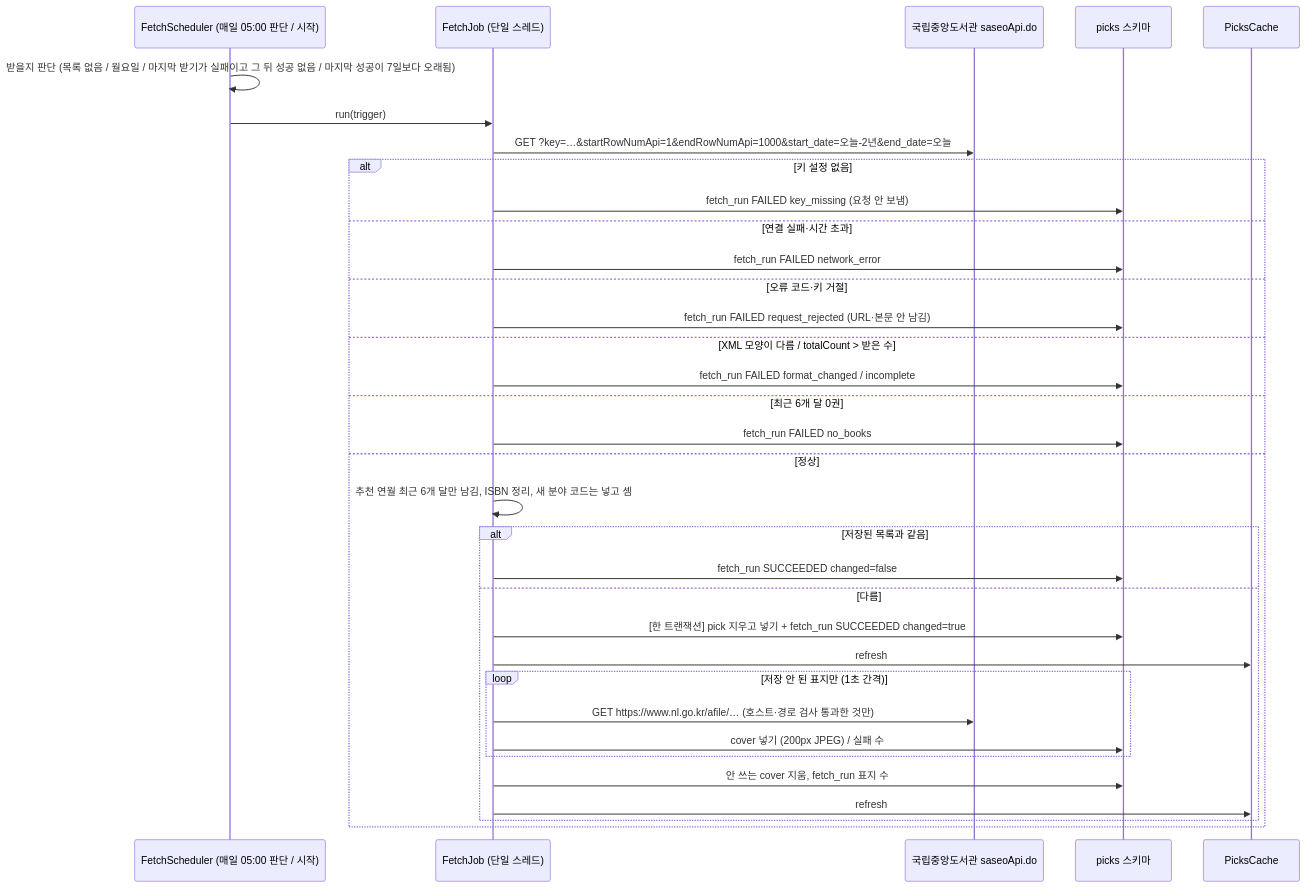
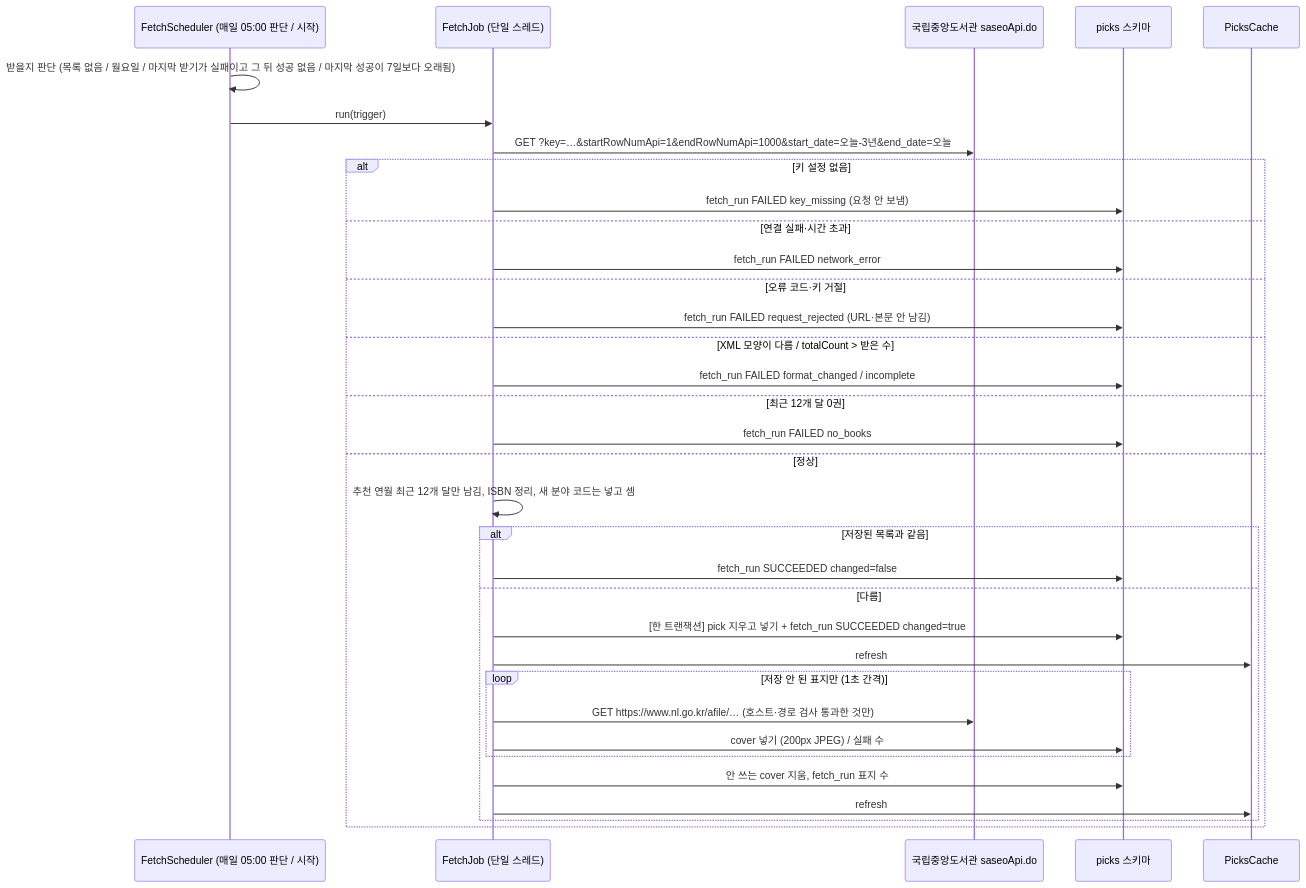
The second of 6 diagrams in docs/cycles/14-librarian-picks/design-delta.md (hodu-sketch/chaekcheck-plan), drawn with Mermaid before and after one commit. The commit also changed other lines of this file and 6 other files, not shown here.

````diff
--- a/docs/cycles/14-librarian-picks/design-delta.md
+++ b/docs/cycles/14-librarian-picks/design-delta.md
@@ -42,36 +42,36 @@
 ```mermaid
 sequenceDiagram
   participant S as FetchScheduler (매일 05:00 판단 / 시작)
   participant J as FetchJob (단일 스레드)
   participant N as 국립중앙도서관 saseoApi.do
   participant DB as picks 스키마
   participant C as PicksCache
   S->>S: 받을지 판단 (목록 없음 / 월요일 / 마지막 받기가 실패이고 그 뒤 성공 없음 / 마지막 성공이 7일보다 오래됨)
   S->>J: run(trigger)
-  J->>N: GET ?key=…&startRowNumApi=1&endRowNumApi=1000&start_date=오늘-2년&end_date=오늘
+  J->>N: GET ?key=…&startRowNumApi=1&endRowNumApi=1000&start_date=오늘-3년&end_date=오늘
   alt 키 설정 없음
     J->>DB: fetch_run FAILED key_missing (요청 안 보냄)
   else 연결 실패·시간 초과
     J->>DB: fetch_run FAILED network_error
   else 오류 코드·키 거절
     J->>DB: fetch_run FAILED request_rejected (URL·본문 안 남김)
   else XML 모양이 다름 / totalCount > 받은 수
     J->>DB: fetch_run FAILED format_changed / incomplete
-  else 최근 6개 달 0권
+  else 최근 12개 달 0권
     J->>DB: fetch_run FAILED no_books
   else 정상
-    J->>J: 추천 연월 최근 6개 달만 남김, ISBN 정리, 새 분야 코드는 넣고 셈
+    J->>J: 추천 연월 최근 12개 달만 남김, ISBN 정리, 새 분야 코드는 넣고 셈
     alt 저장된 목록과 같음
       J->>DB: fetch_run SUCCEEDED changed=false
     else 다름
       J->>DB: [한 트랜잭션] pick 지우고 넣기 + fetch_run SUCCEEDED changed=true
       J->>C: refresh
       loop 저장 안 된 표지만 (1초 간격)
         J->>N: GET https://www.nl.go.kr/afile/… (호스트·경로 검사 통과한 것만)
         J->>DB: cover 넣기 (200px JPEG) / 실패 수
       end
       J->>DB: 안 쓰는 cover 지움, fetch_run 표지 수
       J->>C: refresh
     end
   end
 ```
````
